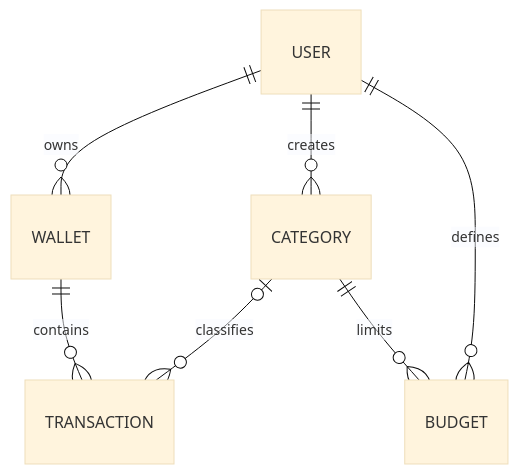
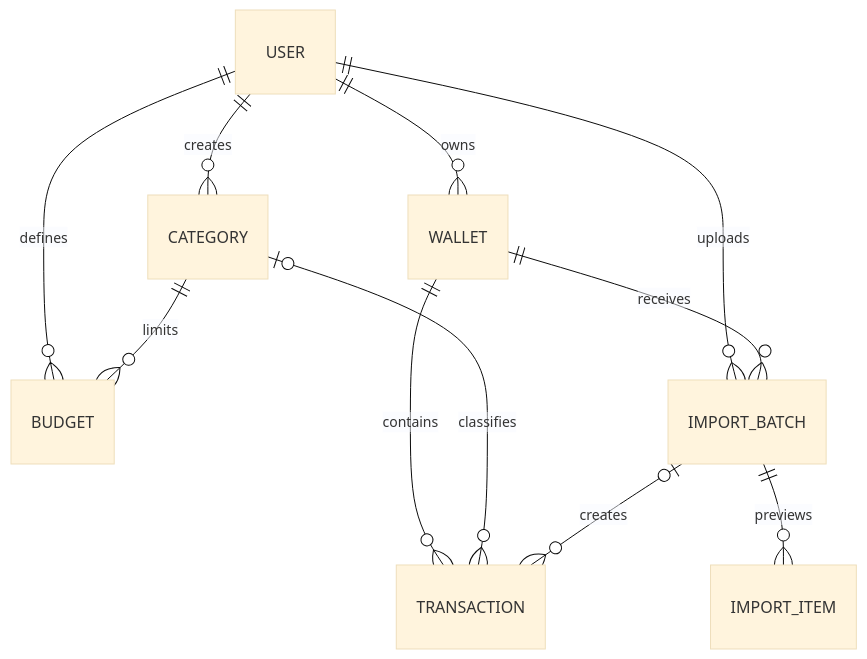
The second of 2 diagrams in README.md (JoaoPSchiavoni/expenseTrackerBack), drawn with Mermaid (base theme) before and after one commit. The commit also changed other lines of this file and 25 other files, not shown here.

````diff
--- a/README.md
+++ b/README.md
@@ -69,9 +74,13 @@
 ```mermaid
 erDiagram
     USER ||--o{ WALLET : owns
     USER ||--o{ CATEGORY : creates
     USER ||--o{ BUDGET : defines
+    USER ||--o{ IMPORT_BATCH : uploads
     WALLET ||--o{ TRANSACTION : contains
+    WALLET ||--o{ IMPORT_BATCH : receives
     CATEGORY o|--o{ TRANSACTION : classifies
     CATEGORY ||--o{ BUDGET : limits
+    IMPORT_BATCH ||--o{ IMPORT_ITEM : previews
+    IMPORT_BATCH o|--o{ TRANSACTION : creates
 ```
````
